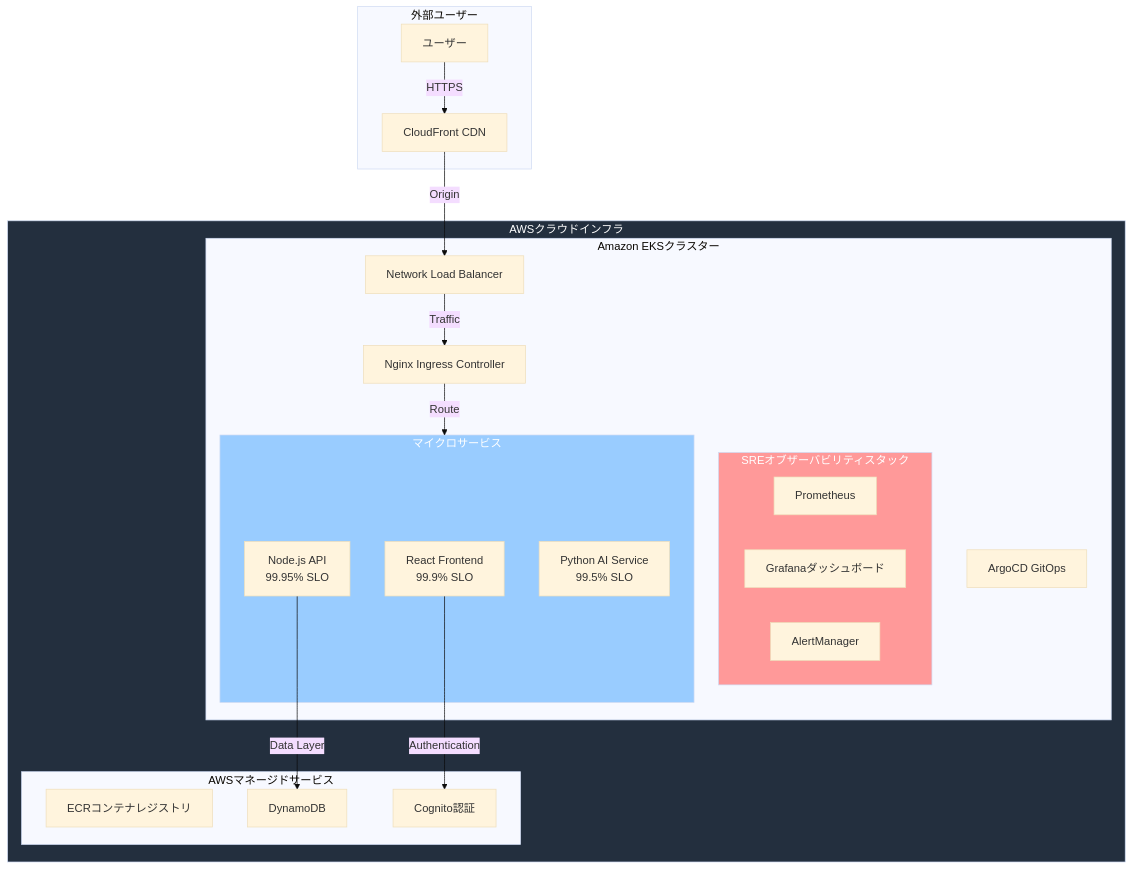
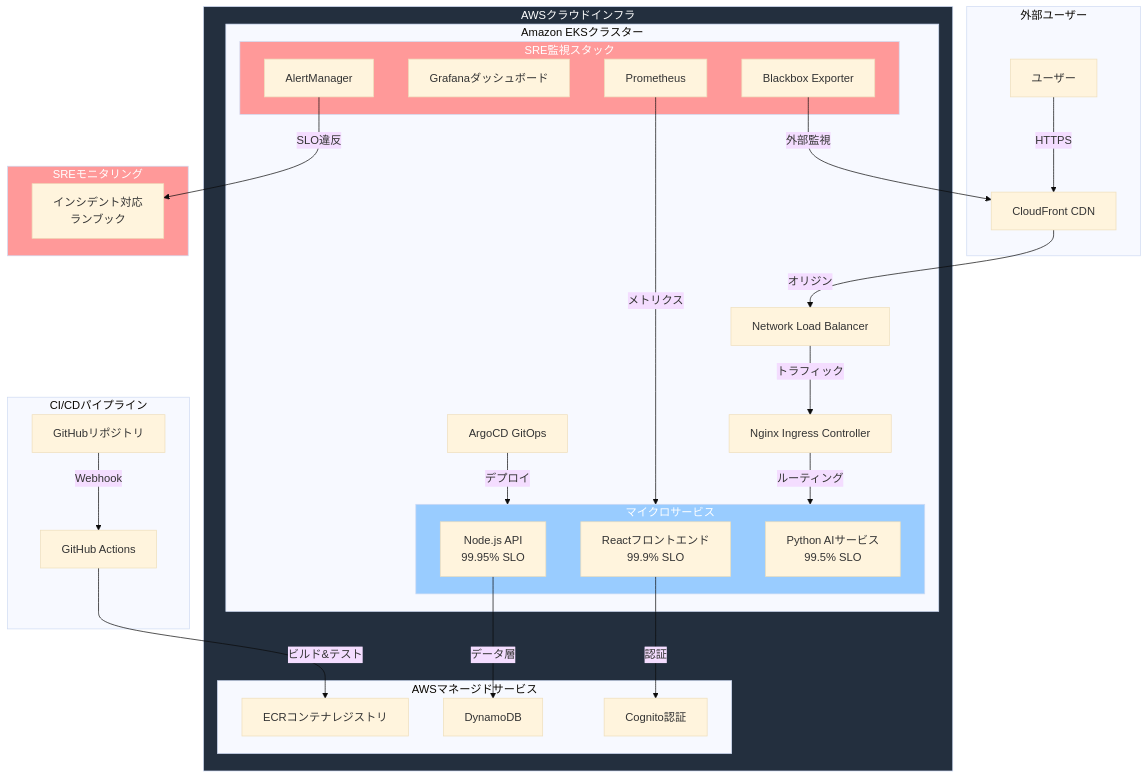
The diagram in README_JP.md (tsuki-yo/todo-table), drawn with Mermaid (base theme) before and after one commit.

Commit message:
fix: update Japanese README diagram with mixed Japanese-English labels
- Use Japanese for descriptive labels (外部ユーザー, マイクロサービス)
- Keep English for product names (Prometheus, DynamoDB)
- Translate flow labels (デプロイ, メトリクス, ルーティング)
- Follow Japanese technical documentation standards

🤖 Generated with [Claude Code](https://claude.ai/code)

````diff
--- a/README_JP.md
+++ b/README_JP.md
@@ -9,42 +9,56 @@
 ```mermaid
 graph TD
     subgraph External["外部ユーザー"]
         Users["ユーザー"] -->|HTTPS| CloudFront["CloudFront CDN"]
     end
     
     subgraph AWS["AWSクラウドインフラ"]
-        CloudFront -->|Origin| NLB["Network Load Balancer"]
+        CloudFront -->|オリジン| NLB["Network Load Balancer"]
         
         subgraph EKS["Amazon EKSクラスター"]
-            NLB -->|Traffic| Ingress["Nginx Ingress Controller"]
+            NLB -->|トラフィック| Ingress["Nginx Ingress Controller"]
             
-            subgraph Monitoring["SREオブザーバビリティスタック"]
+            subgraph Monitoring["SRE監視スタック"]
                 Prometheus["Prometheus"] 
                 Grafana["Grafanaダッシュボード"]
                 AlertManager["AlertManager"]
+                Blackbox["Blackbox Exporter"]
             end
             
             subgraph Applications["マイクロサービス"]
-                Frontend["React Frontend<br/>99.9% SLO"]
+                Frontend["Reactフロントエンド<br/>99.9% SLO"]
                 Backend["Node.js API<br/>99.95% SLO"] 
-                AI["Python AI Service<br/>99.5% SLO"]
+                AI["Python AIサービス<br/>99.5% SLO"]
             end
             
             ArgoCD["ArgoCD GitOps"]
         end
         
         subgraph Services["AWSマネージドサービス"]
             ECR["ECRコンテナレジストリ"]
             DynamoDB["DynamoDB"]
             Cognito["Cognito認証"]
         end
     end
     
-    Backend -->|Data Layer| DynamoDB
-    Frontend -->|Authentication| Cognito
-    Ingress -->|Route| Applications
+    subgraph CICD["CI/CDパイプライン"]
+        GitHub["GitHubリポジトリ"] -->|Webhook| Actions["GitHub Actions"]
+        Actions -->|ビルド&テスト| ECR
+        ArgoCD -->|デプロイ| Applications
+    end
+    
+    subgraph SRE["SREモニタリング"]
+        Prometheus -->|メトリクス| Applications
+        Blackbox -->|外部監視| CloudFront
+        AlertManager -->|SLO違反| Runbooks["インシデント対応<br/>ランブック"]
+    end
+    
+    Backend -->|データ層| DynamoDB
+    Frontend -->|認証| Cognito
+    Ingress -->|ルーティング| Applications
     
     style Monitoring fill:#ff9999,color:white
+    style SRE fill:#ff9999,color:white
     style Applications fill:#99ccff,color:white
     style AWS fill:#232F3E,color:white
 ```
````
